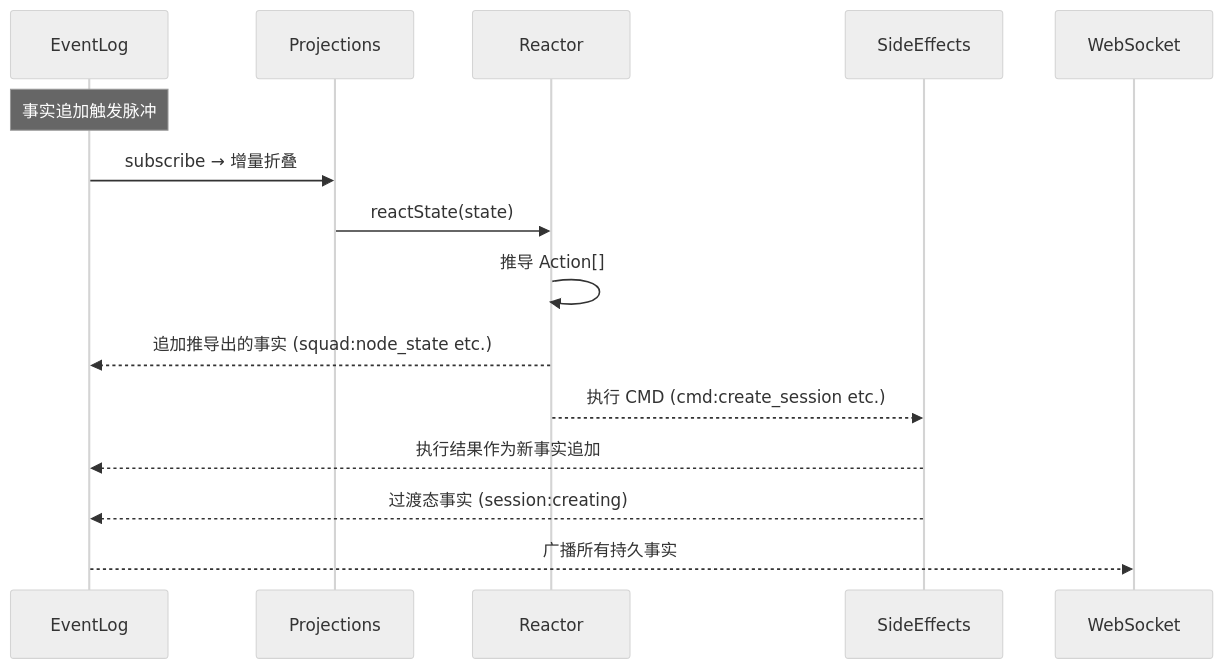
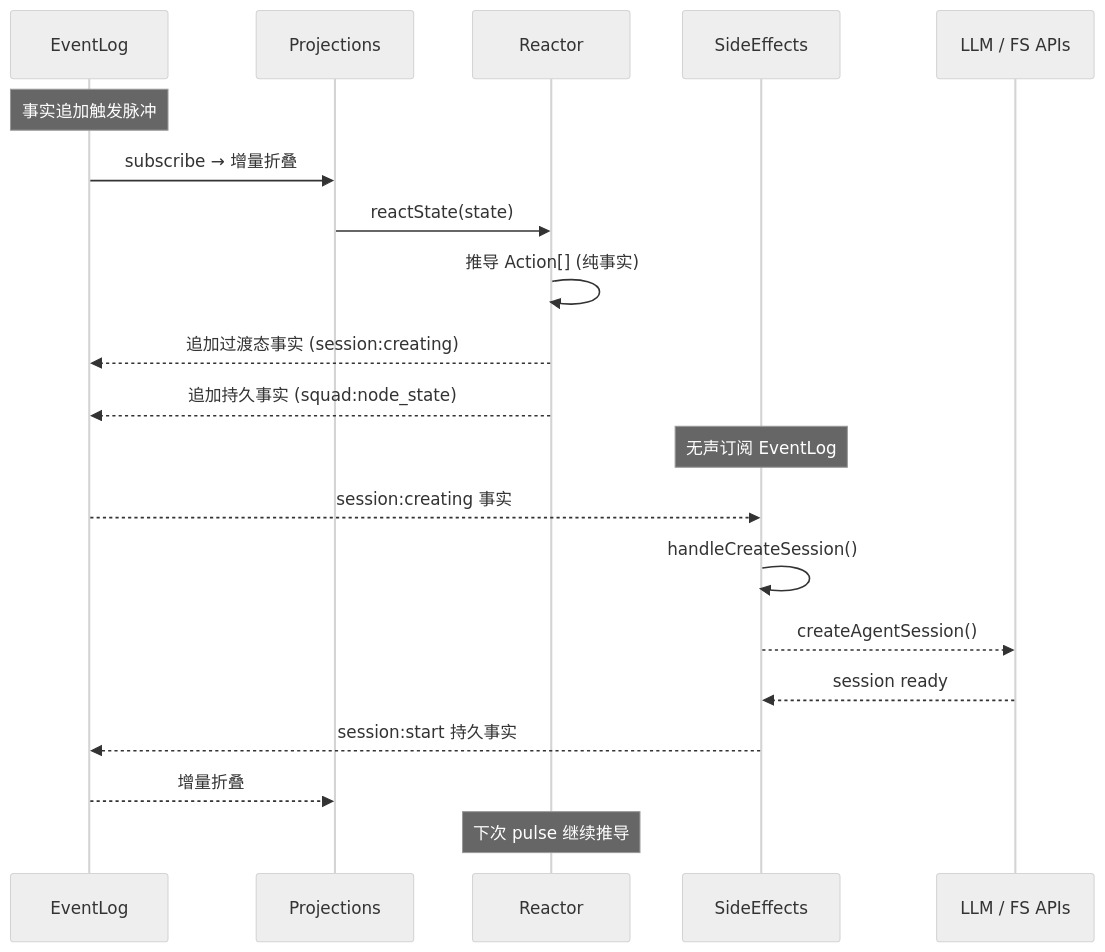
Before and after one commit to PamelaSprin47685ghall/omp-me: the second of 2 diagrams in squad-tau/PRD/07-architecture.md, drawn with Mermaid (neutral theme). The commit also changed other lines of this file and 30 other files, not shown here.

````diff
--- a/squad-tau/PRD/07-architecture.md
+++ b/squad-tau/PRD/07-architecture.md
@@ -43,18 +44,23 @@
 ```mermaid
 sequenceDiagram
     participant EL as EventLog
     participant PROJ as Projections
     participant REACT as Reactor
     participant SE as SideEffects
-    participant WS as WebSocket
+    participant API as LLM / FS APIs
 
     Note over EL: 事实追加触发脉冲
     EL->>PROJ: subscribe → 增量折叠
     PROJ->>REACT: reactState(state)
-    REACT->>REACT: 推导 Action[]
-    REACT-->>EL: 追加推导出的事实 (squad:node_state etc.)
-    REACT-->>SE: 执行 CMD (cmd:create_session etc.)
-    SE-->>EL: 执行结果作为新事实追加
-    SE-->>EL: 过渡态事实 (session:creating)
-    EL-->>WS: 广播所有持久事实
+    REACT->>REACT: 推导 Action[] (纯事实)
+    REACT-->>EL: 追加过渡态事实 (session:creating)
+    REACT-->>EL: 追加持久事实 (squad:node_state)
+    Note over SE: 无声订阅 EventLog
+    EL-->>SE: session:creating 事实
+    SE->>SE: handleCreateSession()
+    SE-->>API: createAgentSession()
+    API-->>SE: session ready
+    SE-->>EL: session:start 持久事实
+    EL-->>PROJ: 增量折叠
+    Note over REACT: 下次 pulse 继续推导
 ```
````
